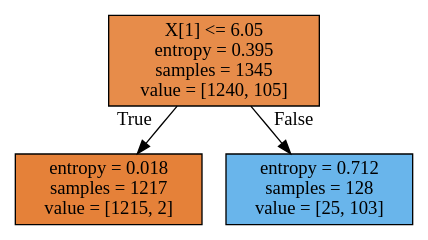
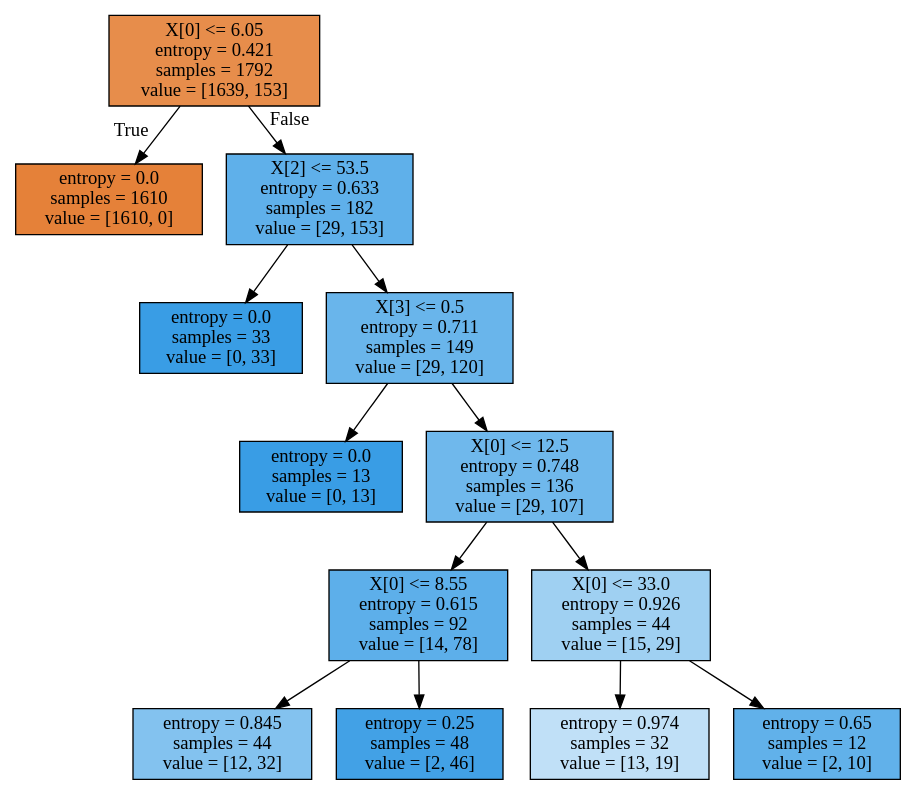
One commit to frodakcin/Week1_Public changed the diagram in ChallengeProject/Source.gv. Above: the diagram before and after it, drawn with Graphviz. The commit also changed 14 other files, not shown here.

```diff
--- a/ChallengeProject/Source.gv
+++ b/ChallengeProject/Source.gv
@@ -1,8 +1,28 @@
 digraph Tree {
 node [shape=box, style="filled", color="black"] ;
-0 [label="X[1] <= 6.05\nentropy = 0.395\nsamples = 1345\nvalue = [1240, 105]", fillcolor="#e78c4a"] ;
-1 [label="entropy = 0.018\nsamples = 1217\nvalue = [1215, 2]", fillcolor="#e58139"] ;
+0 [label="X[0] <= 6.05\nentropy = 0.421\nsamples = 1792\nvalue = [1639, 153]", fillcolor="#e78d4b"] ;
+1 [label="entropy = 0.0\nsamples = 1610\nvalue = [1610, 0]", fillcolor="#e58139"] ;
 0 -> 1 [labeldistance=2.5, labelangle=45, headlabel="True"] ;
-2 [label="entropy = 0.712\nsamples = 128\nvalue = [25, 103]", fillcolor="#69b5eb"] ;
+2 [label="X[2] <= 53.5\nentropy = 0.633\nsamples = 182\nvalue = [29, 153]", fillcolor="#5fb0ea"] ;
 0 -> 2 [labeldistance=2.5, labelangle=-45, headlabel="False"] ;
+3 [label="entropy = 0.0\nsamples = 33\nvalue = [0, 33]", fillcolor="#399de5"] ;
+2 -> 3 ;
+4 [label="X[3] <= 0.5\nentropy = 0.711\nsamples = 149\nvalue = [29, 120]", fillcolor="#69b5eb"] ;
+2 -> 4 ;
+5 [label="entropy = 0.0\nsamples = 13\nvalue = [0, 13]", fillcolor="#399de5"] ;
+4 -> 5 ;
+6 [label="X[0] <= 12.5\nentropy = 0.748\nsamples = 136\nvalue = [29, 107]", fillcolor="#6fb8ec"] ;
+4 -> 6 ;
+7 [label="X[0] <= 8.55\nentropy = 0.615\nsamples = 92\nvalue = [14, 78]", fillcolor="#5dafea"] ;
+6 -> 7 ;
+8 [label="entropy = 0.845\nsamples = 44\nvalue = [12, 32]", fillcolor="#83c2ef"] ;
+7 -> 8 ;
+9 [label="entropy = 0.25\nsamples = 48\nvalue = [2, 46]", fillcolor="#42a1e6"] ;
+7 -> 9 ;
+10 [label="X[0] <= 33.0\nentropy = 0.926\nsamples = 44\nvalue = [15, 29]", fillcolor="#9fd0f2"] ;
+6 -> 10 ;
+11 [label="entropy = 0.974\nsamples = 32\nvalue = [13, 19]", fillcolor="#c0e0f7"] ;
+10 -> 11 ;
+12 [label="entropy = 0.65\nsamples = 12\nvalue = [2, 10]", fillcolor="#61b1ea"] ;
+10 -> 12 ;
 }
```
